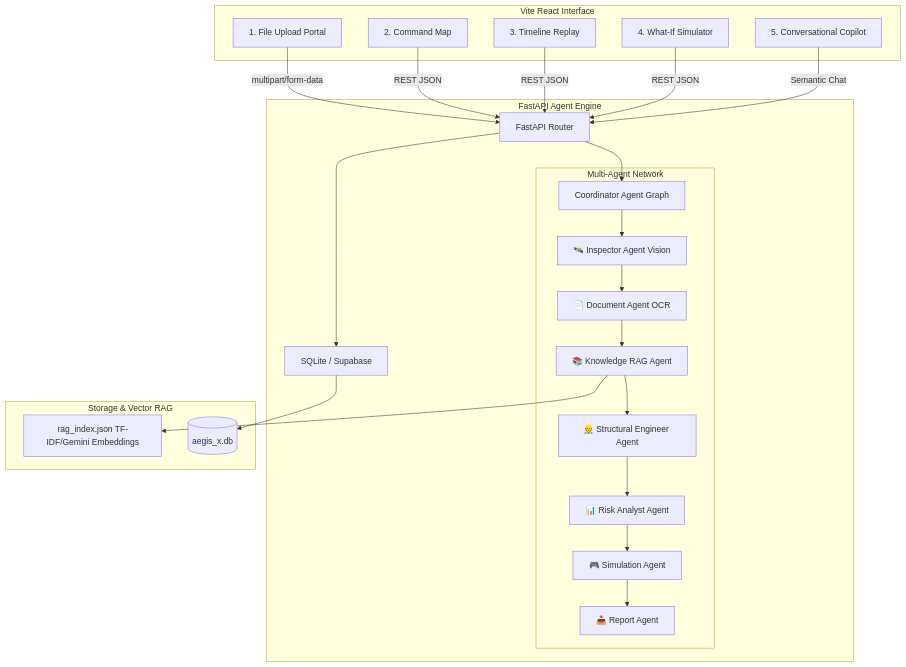
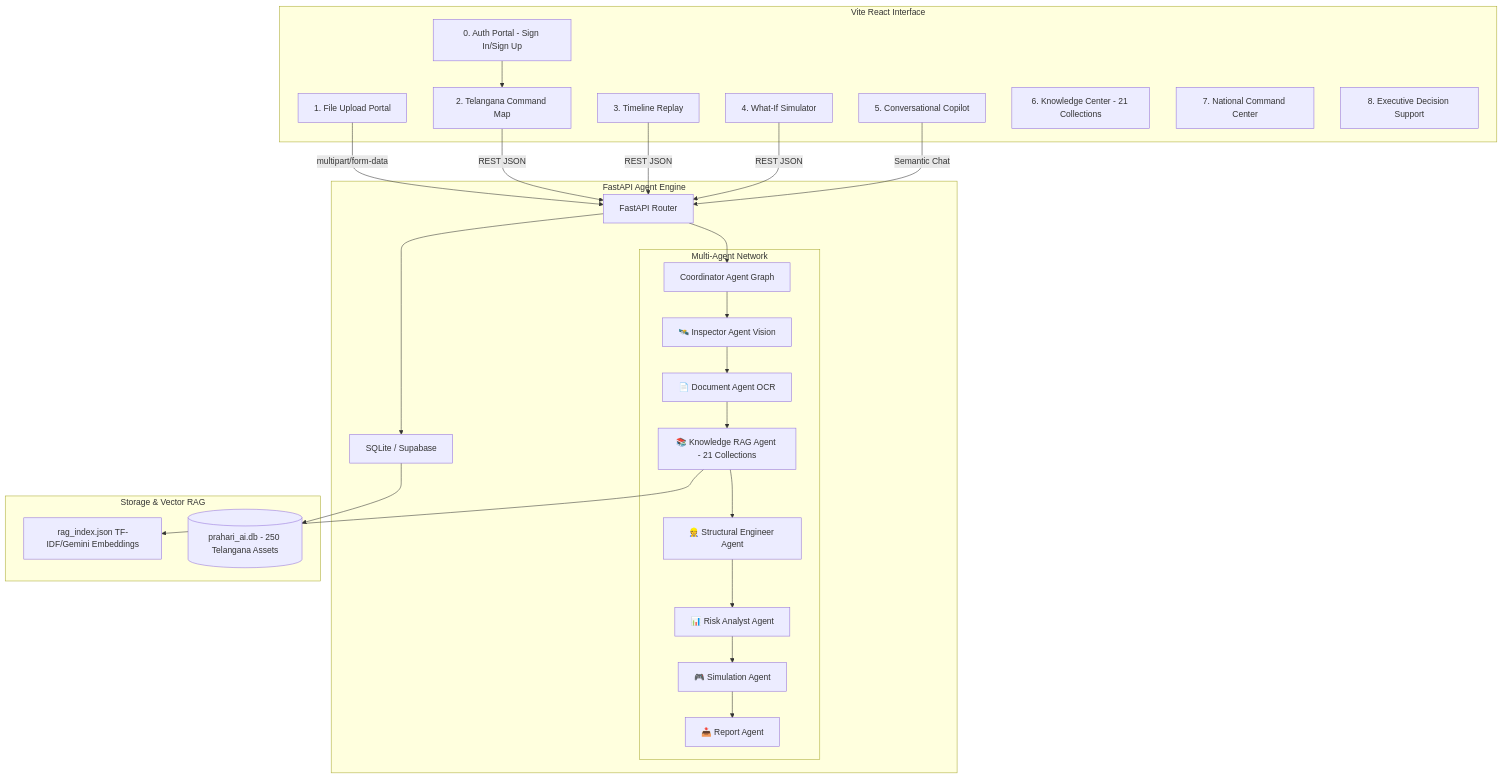
Before and after one commit to Kush2255/AEGIS-X-Autonomous-Engineering-Guardian-Intelligence-System: the diagram in README.md, drawn with Mermaid. The commit also changed other lines of this file, not shown here.

Commit message:
docs: update README to PRAHARI AI Telangana branding

````diff
--- a/README.md
+++ b/README.md
@@ -44,36 +59,41 @@
 ```mermaid
 graph TD
     subgraph Client [Vite React Interface]
+        AuthGate[0. Auth Portal - Sign In/Sign Up]
         UploadView[1. File Upload Portal]
-        TelemetryMap[2. Command Map]
+        TelemetryMap[2. Telangana Command Map]
         TimelineRep[3. Timeline Replay]
         SimulatorView[4. What-If Simulator]
         CopilotPanel[5. Conversational Copilot]
+        KnowledgeCenter[6. Knowledge Center - 21 Collections]
+        NationalCommand[7. National Command Center]
+        ExecutiveDecision[8. Executive Decision Support]
     end
 
     subgraph Server [FastAPI Agent Engine]
         API[FastAPI Router] --> DB[SQLite / Supabase]
         API --> Coordinator[Coordinator Agent Graph]
         
         subgraph Multi-Agent Network
             Coordinator --> Inspector[🛰️ Inspector Agent Vision]
             Inspector --> Document[📄 Document Agent OCR]
-            Document --> RAG[📚 Knowledge RAG Agent]
+            Document --> RAG[📚 Knowledge RAG Agent - 21 Collections]
             RAG --> Engineer[👷 Structural Engineer Agent]
             Engineer --> Analyst[📊 Risk Analyst Agent]
             Analyst --> Simulator[🎮 Simulation Agent]
             Simulator --> Report[📥 Report Agent]
         end
     end
 
     subgraph DataStore [Storage & Vector RAG]
         RAG --> RAGIndex[rag_index.json TF-IDF/Gemini Embeddings]
-        DB --> SQLiteStore[(aegis_x.db)]
+        DB --> SQLiteStore[(prahari_ai.db - 250 Telangana Assets)]
     end
 
+    AuthGate --> TelemetryMap
     UploadView -->|multipart/form-data| API
     TelemetryMap -->|REST JSON| API
     TimelineRep -->|REST JSON| API
     SimulatorView -->|REST JSON| API
     CopilotPanel -->|Semantic Chat| API
 ```
````
